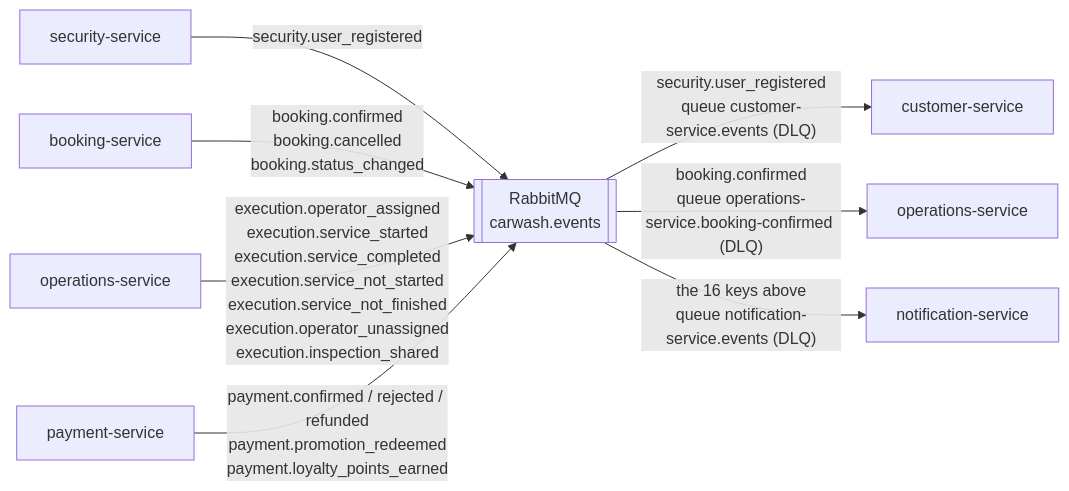
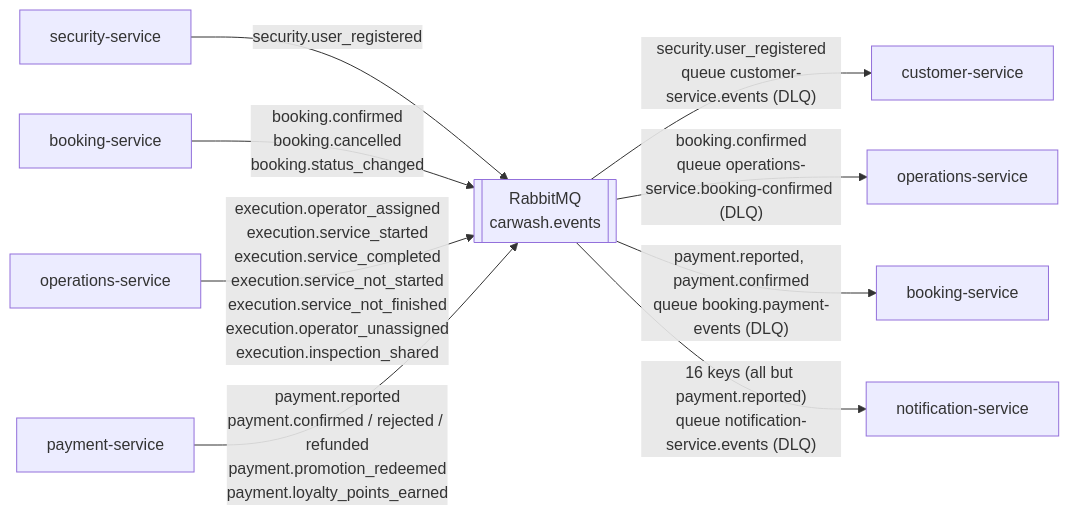
Before and after one commit to code-sena/vehicle-w-docs: the third of 3 diagrams in 08-uml/diagrams/source/c2-containers.md, drawn with Mermaid. The commit also changed other lines of this file and 5 other files, not shown here.

First line of the commit message:
docs(events): add PaymentReported and the booking.payment-events queue

````diff
--- a/08-uml/diagrams/source/c2-containers.md
+++ b/08-uml/diagrams/source/c2-containers.md
@@ -87,19 +88,21 @@
 ```mermaid
 flowchart LR
     security[security-service]
     booking[booking-service]
     operations[operations-service]
     payment[payment-service]
     rabbit[[RabbitMQ<br/>carwash.events]]
     customer2[customer-service]
+    booking2[booking-service]
     operations2[operations-service]
     notification[notification-service]
 
     security -- "security.user_registered" --> rabbit
     booking -- "booking.confirmed<br/>booking.cancelled<br/>booking.status_changed" --> rabbit
     operations -- "execution.operator_assigned<br/>execution.service_started<br/>execution.service_completed<br/>execution.service_not_started<br/>execution.service_not_finished<br/>execution.operator_unassigned<br/>execution.inspection_shared" --> rabbit
-    payment -- "payment.confirmed / rejected / refunded<br/>payment.promotion_redeemed<br/>payment.loyalty_points_earned" --> rabbit
+    payment -- "payment.reported<br/>payment.confirmed / rejected / refunded<br/>payment.promotion_redeemed<br/>payment.loyalty_points_earned" --> rabbit
     rabbit -- "security.user_registered<br/>queue customer-service.events (DLQ)" --> customer2
     rabbit -- "booking.confirmed<br/>queue operations-service.booking-confirmed (DLQ)" --> operations2
-    rabbit -- "the 16 keys above<br/>queue notification-service.events (DLQ)" --> notification
+    rabbit -- "payment.reported, payment.confirmed<br/>queue booking.payment-events (DLQ)" --> booking2
+    rabbit -- "16 keys (all but payment.reported)<br/>queue notification-service.events (DLQ)" --> notification
 ```
````
